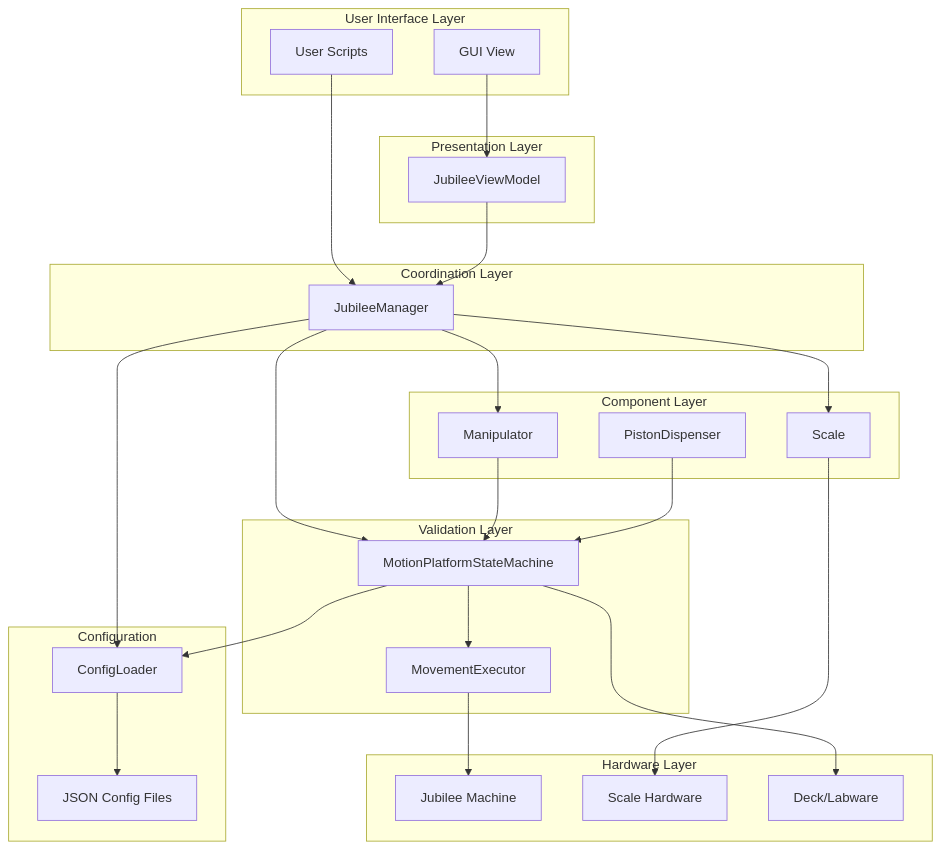
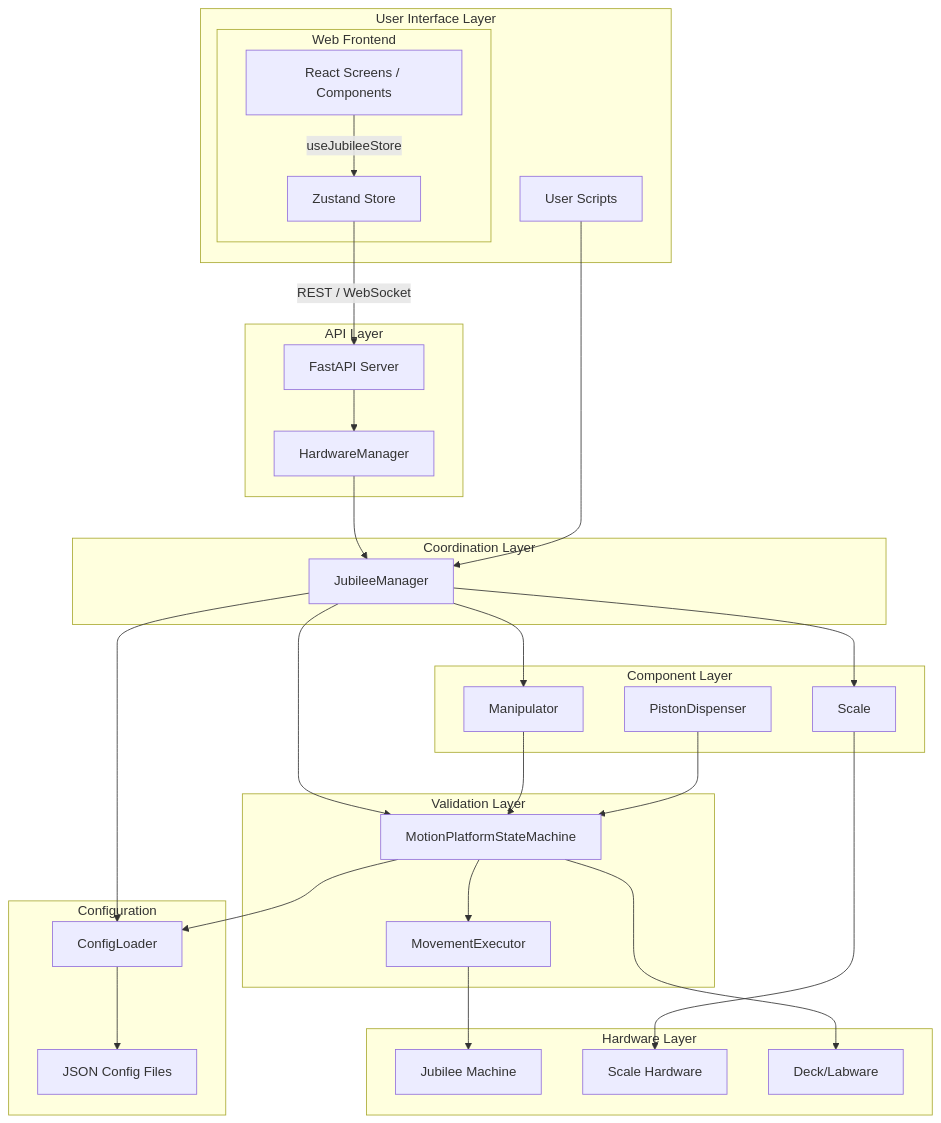
The first of 4 diagrams in docs/concepts/architecture.md (bennett-lahn/jubilee-powder), drawn with Mermaid before and after one commit. The commit also changed other lines of this file and 7 other files, not shown here.

````diff
--- a/docs/concepts/architecture.md
+++ b/docs/concepts/architecture.md
@@ -11,53 +11,59 @@
 ```mermaid
 graph TB
     subgraph "User Interface Layer"
         A[User Scripts]
-        B[GUI View]
+        subgraph "Web Frontend"
+            B[React Screens / Components]
+            Z[Zustand Store]
+        end
     end
-    
-    subgraph "Presentation Layer"
-        C[JubileeViewModel]
+
+    subgraph "API Layer"
+        C[FastAPI Server]
+        CM[HardwareManager]
     end
     
     subgraph "Coordination Layer"
         D[JubileeManager]
     end
     
     subgraph "Validation Layer"
         E[MotionPlatformStateMachine]
         F[MovementExecutor]
     end
     
     subgraph "Component Layer"
         G[Manipulator]
         H[PistonDispenser]
         I[Scale]
     end
     
     subgraph "Hardware Layer"
         J[Jubilee Machine]
         K[Scale Hardware]
         L[Deck/Labware]
     end
     
     subgraph "Configuration"
         M[ConfigLoader]
         N[JSON Config Files]
     end
     
+    B -- useJubileeStore --> Z
+    Z -- REST / WebSocket --> C
+    C --> CM
+    CM --> D
     A --> D
-    B --> C
-    C --> D
     D --> E
     D --> G
     D --> I
     E --> F
     F --> J
     G --> E
     H --> E
     I --> K
     E --> L
     M --> N
     D --> M
     E --> M
 ```
````
